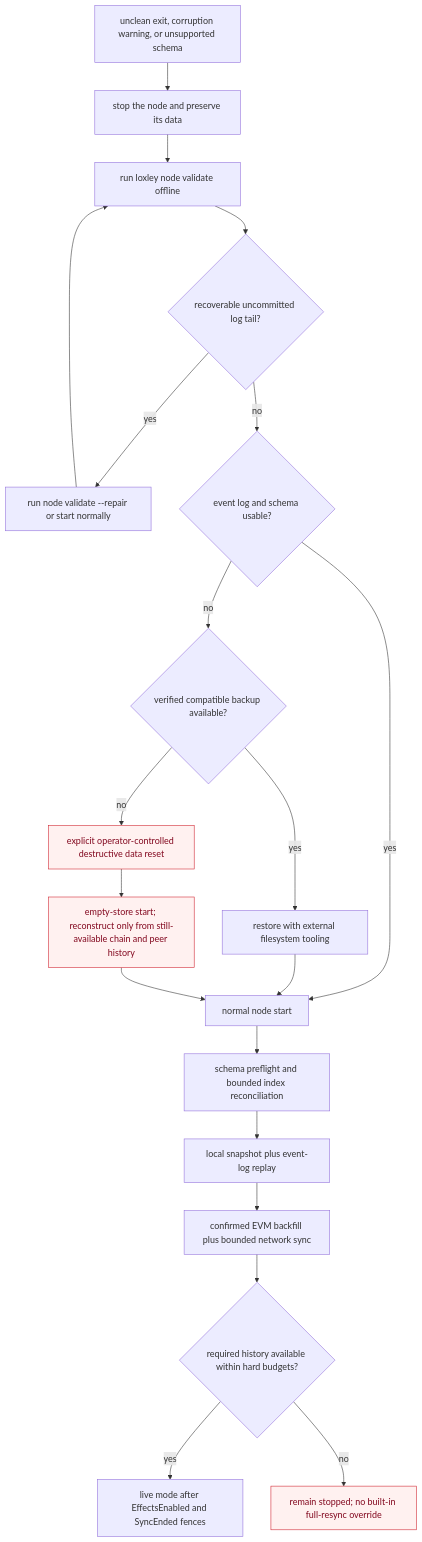
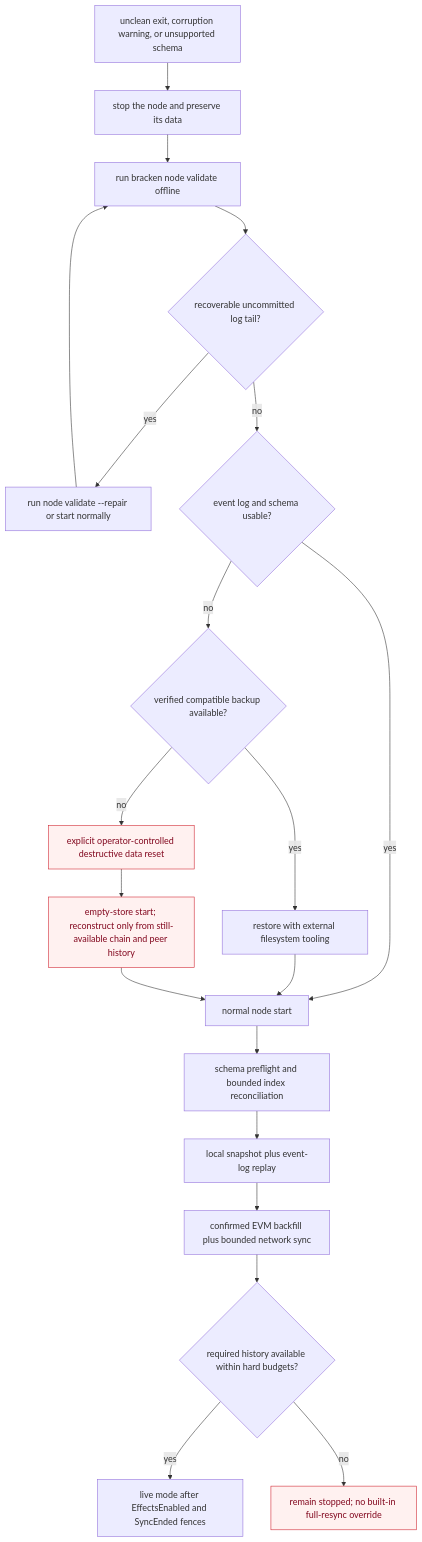
Before and after one commit to thecryptodog12-rgb/bracken: diagram 13 of 15 in agent/CRATES_ARCHITECTURE.md, drawn with Mermaid. The commit also changed other lines of this file and 1660 other files, not shown here.

````diff
--- a/agent/CRATES_ARCHITECTURE.md
+++ b/agent/CRATES_ARCHITECTURE.md
@@ -713,26 +713,26 @@
 ```mermaid
 flowchart TD
     Incident[unclean exit, corruption warning, or unsupported schema] --> Stop[stop the node and preserve its data]
-    Stop --> Validate[run loxley node validate offline]
+    Stop --> Validate[run bracken node validate offline]
     Validate --> Tail{recoverable uncommitted log tail?}
     Tail -->|yes| Repair[run node validate --repair or start normally]
     Repair --> Validate
     Tail -->|no| Decision{event log and schema usable?}
     Decision -->|yes| Restart[normal node start]
     Restart --> Preflight[schema preflight and bounded index reconciliation]
     Preflight --> Replay[local snapshot plus event-log replay]
     Replay --> History[confirmed EVM backfill plus bounded network sync]
     History --> Available{required history available within hard budgets?}
     Available -->|yes| Live[live mode after EffectsEnabled and SyncEnded fences]
     Available -->|no| Blocked[remain stopped; no built-in full-resync override]
 
     Decision -->|no| Backup{verified compatible backup available?}
     Backup -->|yes| Restore[restore with external filesystem tooling]
     Restore --> Restart
     Backup -->|no| Reset[explicit operator-controlled destructive data reset]
     Reset --> Empty[empty-store start; reconstruct only from still-available chain and peer history]
     Empty --> Restart
 
     classDef residual fill:#fff1f0,stroke:#cf222e,color:#82071e
     class Blocked,Reset,Empty residual
 ```
````
